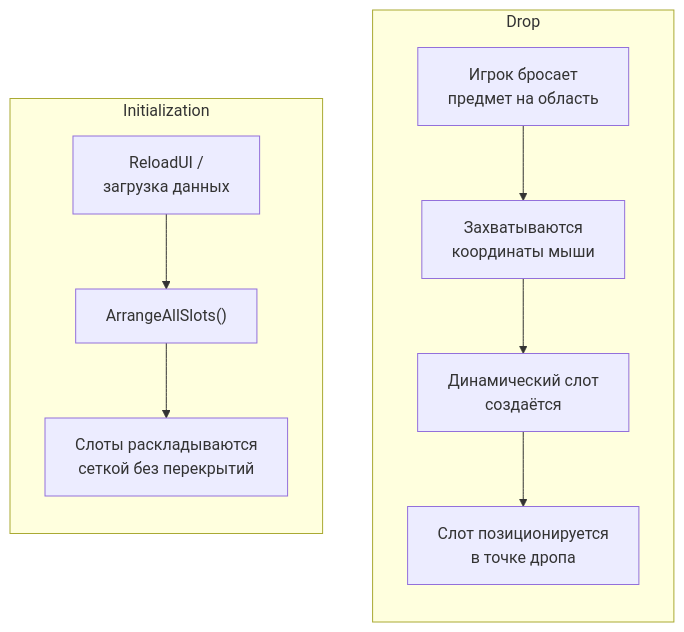
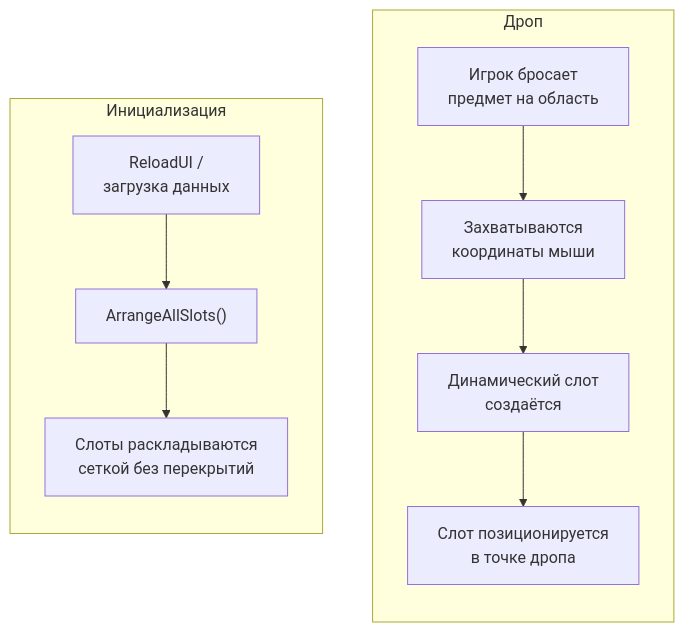
Before and after one commit to SergeevSergey99/DragAndDropSystem-Docs: the first of 2 diagrams in .docs/content/systems/free-form-layout.md, drawn with Mermaid. The commit also changed other lines of this file and 3 other files, not shown here.

````diff
--- a/.docs/content/systems/free-form-layout.md
+++ b/.docs/content/systems/free-form-layout.md
@@ -9,15 +9,15 @@
 ```mermaid
 flowchart LR
-    subgraph Initialization
+    subgraph Initialization["Инициализация"]
         E["ReloadUI /\nзагрузка данных"] --> F["ArrangeAllSlots()"]
         F --> G["Слоты раскладываются\nсеткой без перекрытий"]
     end
 
-    subgraph Drop
+    subgraph Drop["Дроп"]
         A["Игрок бросает\nпредмет на область"] --> B["Захватываются\nкоординаты мыши"]
         B --> C["Динамический слот\nсоздаётся"]
         C --> D["Слот позиционируется\nв точке дропа"]
     end
     
     Initialization ~~~ Drop
 ```
````
